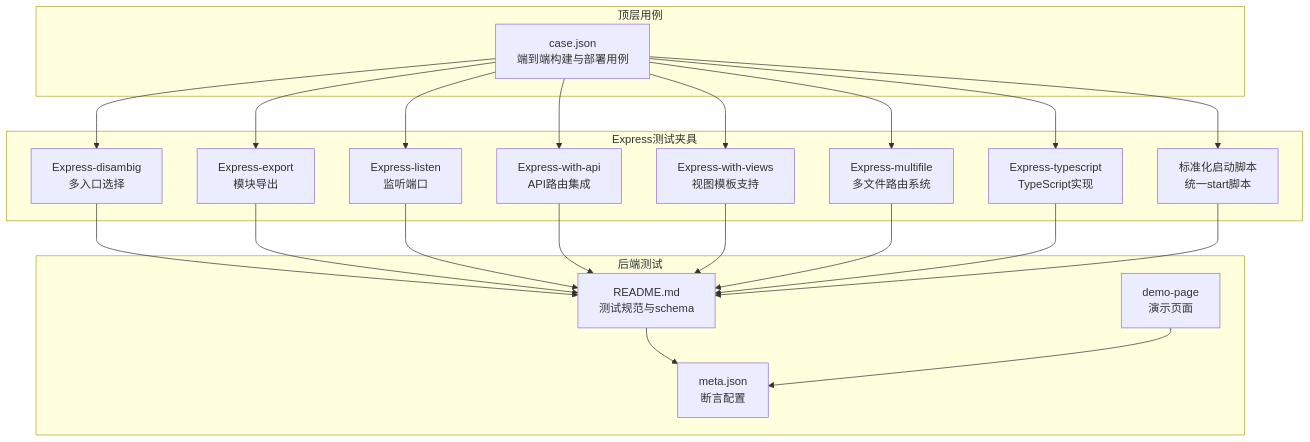
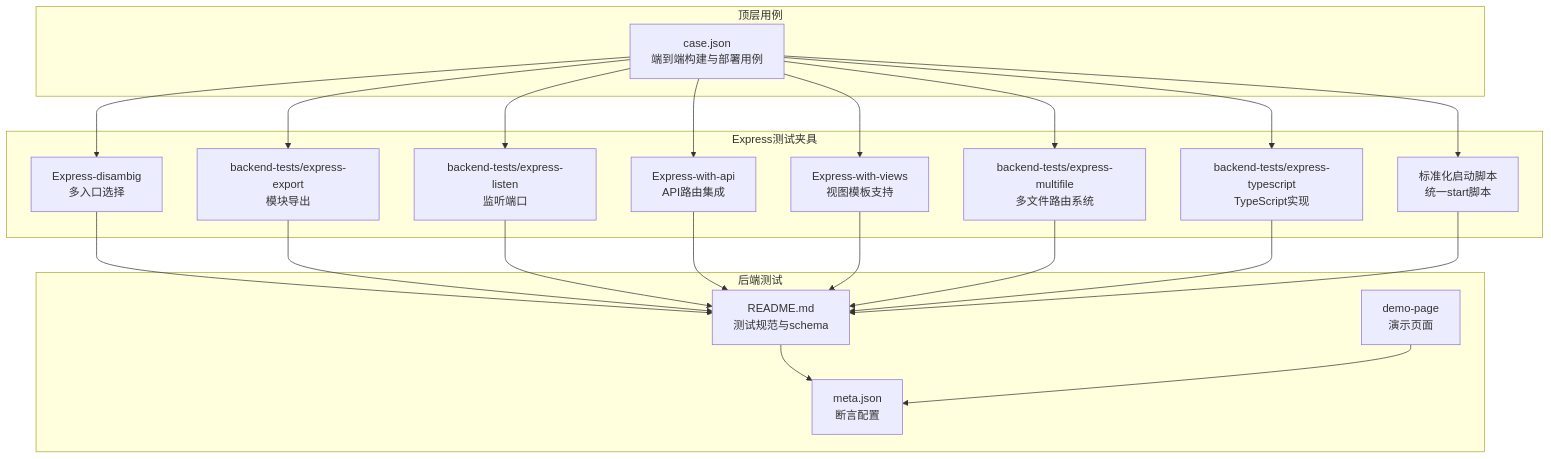
Before and after one commit to esa-sp/test-for-aone-ci: the first of 12 diagrams in .qoder/repowiki/zh/content/后端框架测试/Express框架测试.md, drawn with Mermaid. The commit also changed other lines of this file and 31 other files, not shown here.

Commit message:
feat: redesign all backend-tests fixture pages with framework-specific styles

````diff
--- a/.qoder/repowiki/zh/content/后端框架测试/Express框架测试.md
+++ b/.qoder/repowiki/zh/content/后端框架测试/Express框架测试.md
@@ -58,39 +58,39 @@
 ```mermaid
 graph TB
 subgraph "Express测试夹具"
 D["Express-disambig<br/>多入口选择"]
-E["Express-export<br/>模块导出"]
-L["Express-listen<br/>监听端口"]
+E["backend-tests/express-export<br/>模块导出"]
+L["backend-tests/express-listen<br/>监听端口"]
 A["Express-with-api<br/>API路由集成"]
 V["Express-with-views<br/>视图模板支持"]
-M["Express-multifile<br/>多文件路由系统"]
-T["Express-typescript<br/>TypeScript实现"]
+M["backend-tests/express-multifile<br/>多文件路由系统"]
+T["backend-tests/express-typescript<br/>TypeScript实现"]
 S["标准化启动脚本<br/>统一start脚本"]
 end
 subgraph "后端测试"
 RT["README.md<br/>测试规范与schema"]
 ME["meta.json<br/>断言配置"]
 DP["demo-page<br/>演示页面"]
 end
 subgraph "顶层用例"
 CJ["case.json<br/>端到端构建与部署用例"]
 end
 D --> RT
 E --> RT
 L --> RT
 A --> RT
 V --> RT
 M --> RT
 T --> RT
 S --> RT
 RT --> ME
 DP --> ME
 CJ --> D
 CJ --> E
 CJ --> L
 CJ --> A
 CJ --> V
 CJ --> M
 CJ --> T
 CJ --> S
 ```
````
